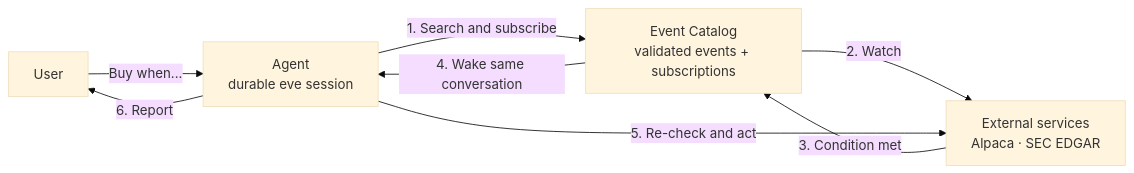
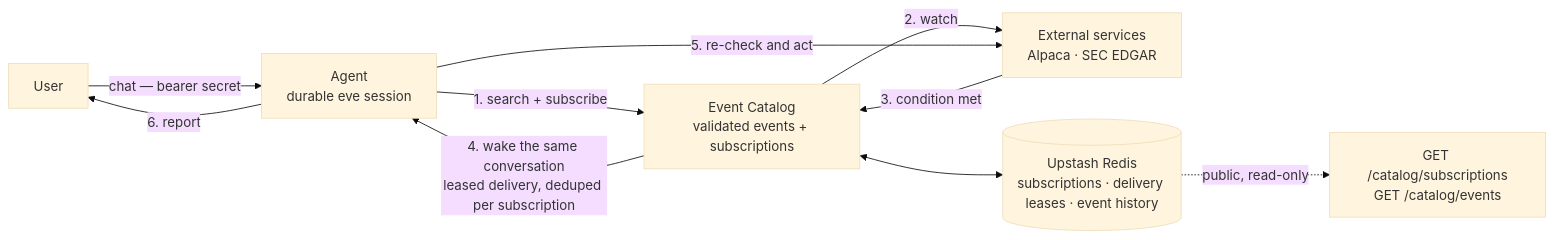
One commit to pcomans/eve-event-catalog changed the diagram in README.md. Above: the diagram before and after it, drawn with Mermaid (base theme). The commit also changed other lines of this file and 22 other files, not shown here.

First line of the commit message:
Phase 1: delivery backbone — cloud-safe wake semantics, event history, route auth

````diff
--- a/README.md
+++ b/README.md
@@ -33,10 +33,12 @@
 ```mermaid
 flowchart LR
-    U["User"] -->|"Buy when..."| A["Agent<br/>durable eve session"]
-    A -->|"1. Search and subscribe"| C["Event Catalog<br/>validated events + subscriptions"]
-    C -->|"2. Watch"| P["External services<br/>Alpaca · SEC EDGAR"]
-    P -->|"3. Condition met"| C
-    C -->|"4. Wake same conversation"| A
-    A -->|"5. Re-check and act"| P
-    A -->|"6. Report"| U
+    U["User"] -->|"chat — bearer secret"| A["Agent<br/>durable eve session"]
+    A -->|"1. search + subscribe"| C["Event Catalog<br/>validated events + subscriptions"]
+    C -->|"2. watch"| P["External services<br/>Alpaca · SEC EDGAR"]
+    P -->|"3. condition met"| C
+    C -->|"4. wake the same conversation<br/>leased delivery, deduped per subscription"| A
+    A -->|"5. re-check and act"| P
+    A -->|"6. report"| U
+    C <--> R[("Upstash Redis<br/>subscriptions · delivery leases · event history")]
+    R -.->|"public, read-only"| O["GET /catalog/subscriptions<br/>GET /catalog/events"]
 ```
````
